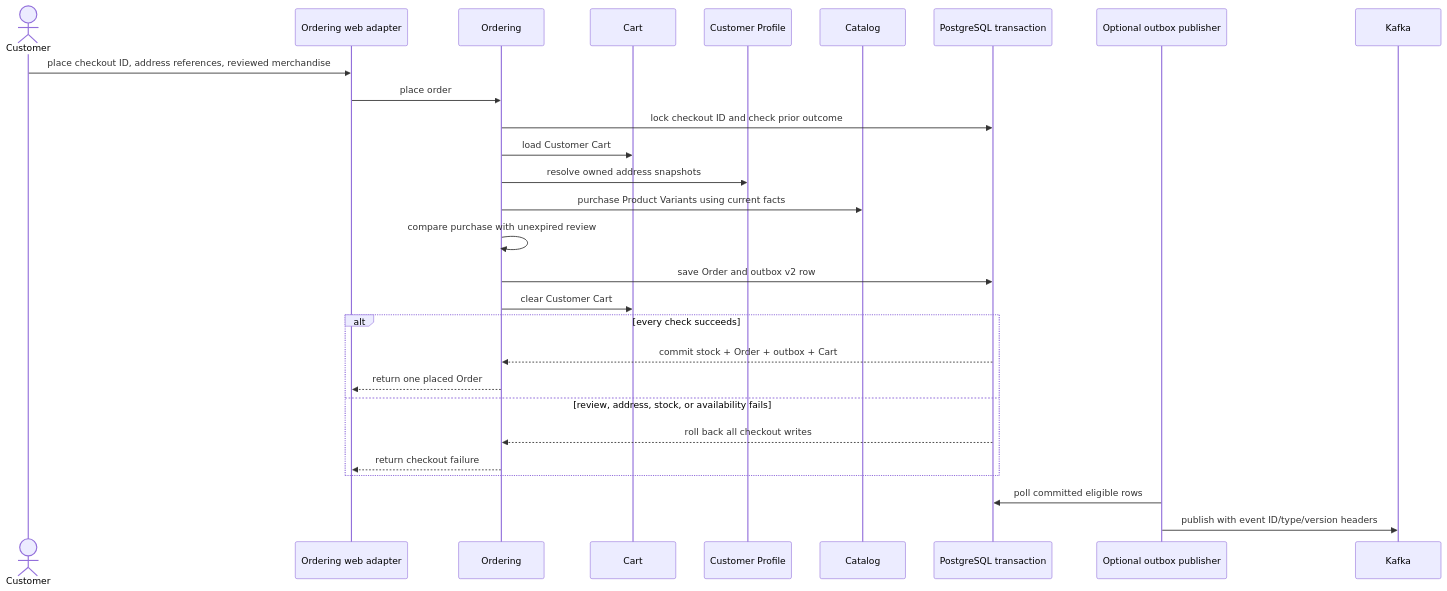
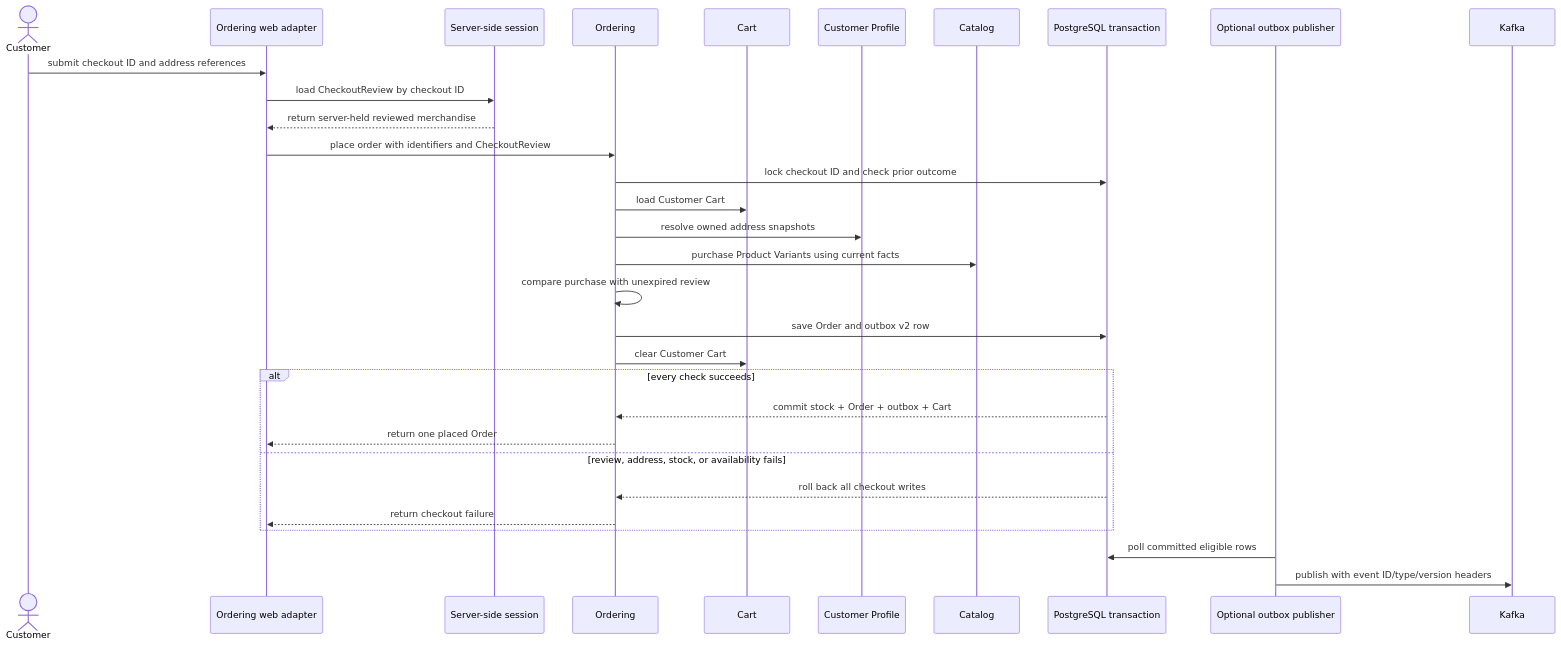
Before and after one commit to PuetzD/SpringBootEcommerceExample: the diagram in README.md, drawn with Mermaid. The commit also changed 2 other files, not shown here.

Commit message:
docs: clarify checkout and catalog language

````diff
--- a/README.md
+++ b/README.md
@@ -34,31 +34,34 @@
 ```mermaid
 sequenceDiagram
     actor Customer
     participant Web as Ordering web adapter
+    participant Session as Server-side session
     participant Ordering
     participant Cart
     participant Profile as Customer Profile
     participant Catalog
     participant DB as PostgreSQL transaction
     participant Publisher as Optional outbox publisher
     participant Kafka
 
-    Customer->>Web: place checkout ID, address references, reviewed merchandise
-    Web->>Ordering: place order
+    Customer->>Web: submit checkout ID and address references
+    Web->>Session: load CheckoutReview by checkout ID
+    Session-->>Web: return server-held reviewed merchandise
+    Web->>Ordering: place order with identifiers and CheckoutReview
     Ordering->>DB: lock checkout ID and check prior outcome
     Ordering->>Cart: load Customer Cart
     Ordering->>Profile: resolve owned address snapshots
     Ordering->>Catalog: purchase Product Variants using current facts
     Ordering->>Ordering: compare purchase with unexpired review
     Ordering->>DB: save Order and outbox v2 row
     Ordering->>Cart: clear Customer Cart
     alt every check succeeds
         DB-->>Ordering: commit stock + Order + outbox + Cart
         Ordering-->>Web: return one placed Order
     else review, address, stock, or availability fails
         DB-->>Ordering: roll back all checkout writes
         Ordering-->>Web: return checkout failure
     end
     Publisher->>DB: poll committed eligible rows
     Publisher->>Kafka: publish with event ID/type/version headers
 ```
````
